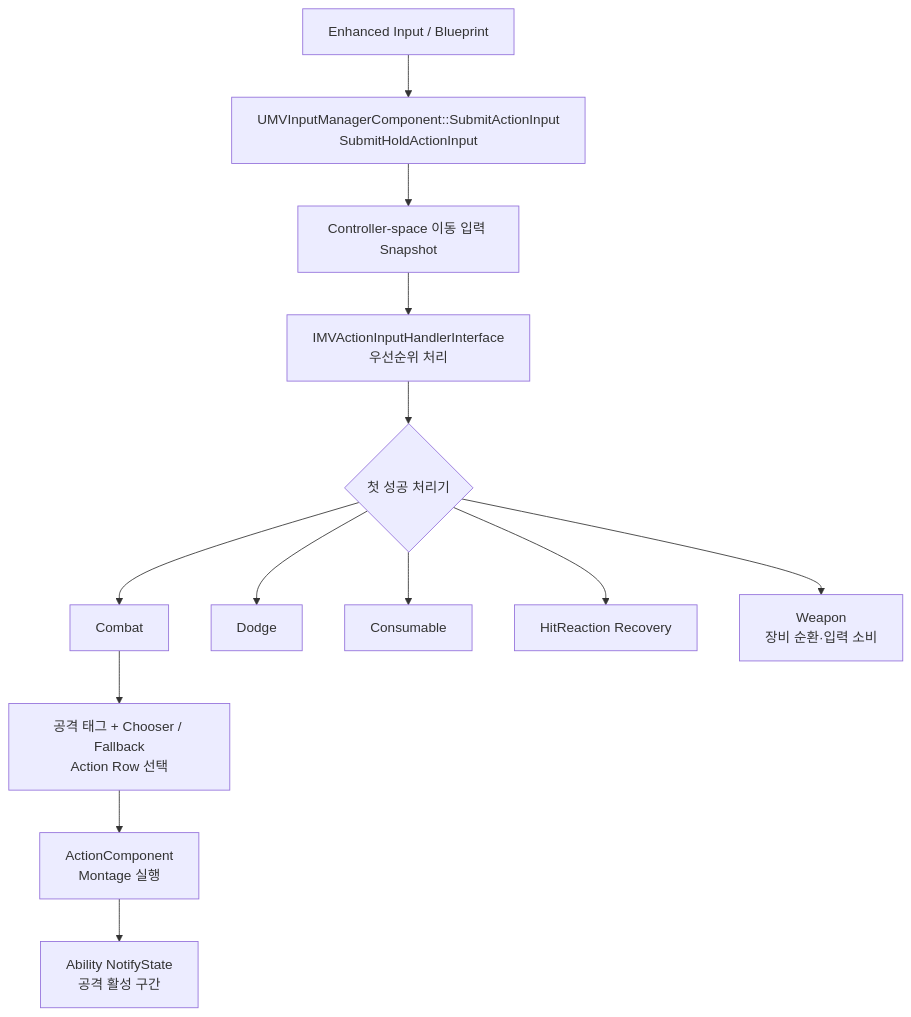
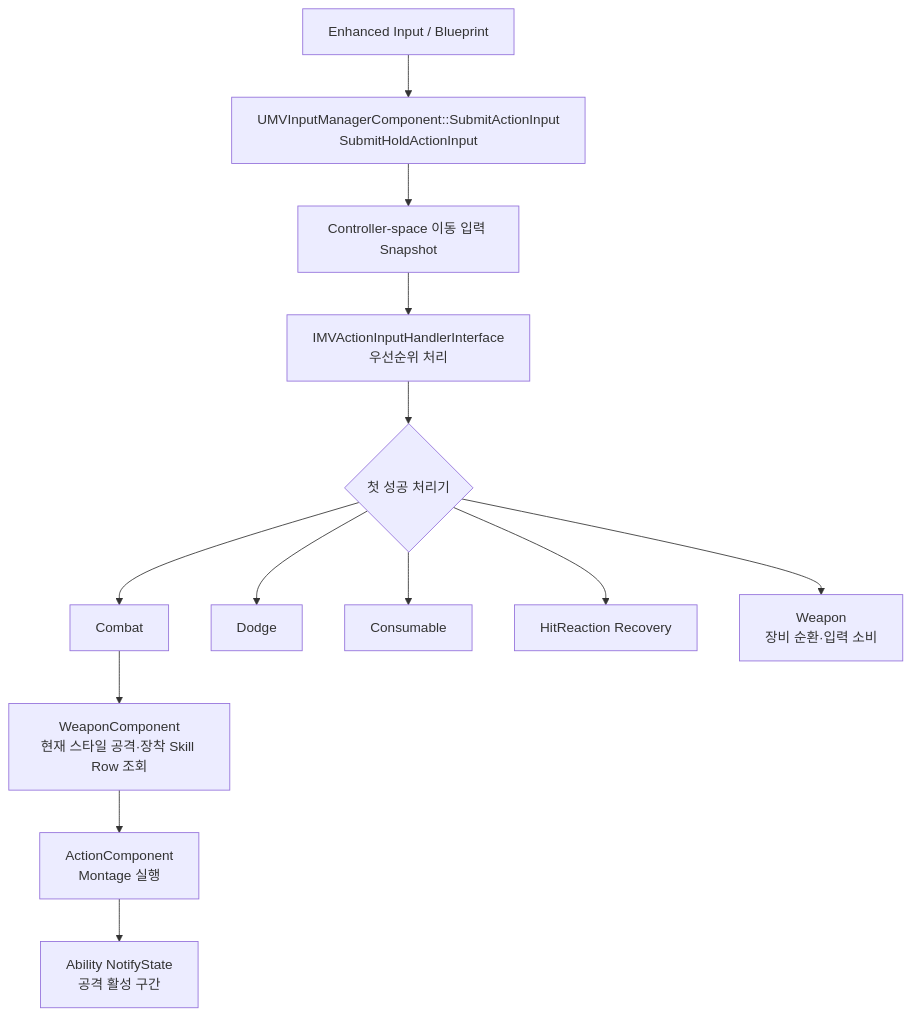
One commit to DreamersStudio3/Maverick changed the diagram in docs/wiki/Features/Input-to-Action/document.md. Above: the diagram before and after it, drawn with Mermaid. The commit also changed other lines of this file and 4 other files, not shown here.

````diff
--- a/docs/wiki/Features/Input-to-Action/document.md
+++ b/docs/wiki/Features/Input-to-Action/document.md
@@ -15,15 +15,15 @@
 ```mermaid
 flowchart TD
     Input["Enhanced Input / Blueprint"] --> Submit["UMVInputManagerComponent::SubmitActionInput<br/>SubmitHoldActionInput"]
     Submit --> Snapshot["Controller-space 이동 입력 Snapshot"]
     Snapshot --> Handlers["IMVActionInputHandlerInterface<br/>우선순위 처리"]
     Handlers --> Consumed{"첫 성공 처리기"}
     Consumed --> Combat["Combat"]
     Consumed --> Dodge["Dodge"]
     Consumed --> Consumable["Consumable"]
     Consumed --> Recovery["HitReaction Recovery"]
     Consumed --> Weapon["Weapon<br/>장비 순환·입력 소비"]
-    Combat --> Select["공격 태그 + Chooser / Fallback<br/>Action Row 선택"]
+    Combat --> Select["WeaponComponent<br/>현재 스타일 공격·장착 Skill Row 조회"]
     Select --> Action["ActionComponent<br/>Montage 실행"]
     Action --> Notify["Ability NotifyState<br/>공격 활성 구간"]
 ```
````
